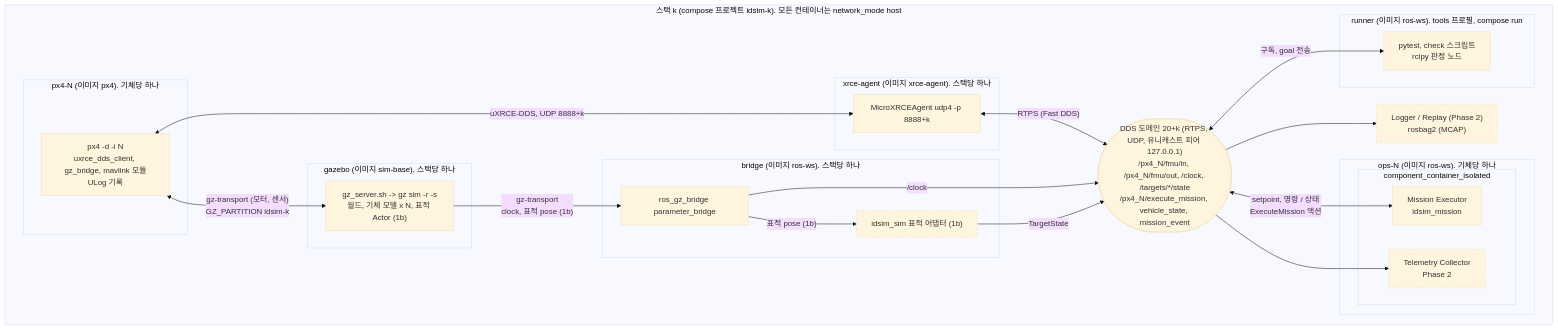
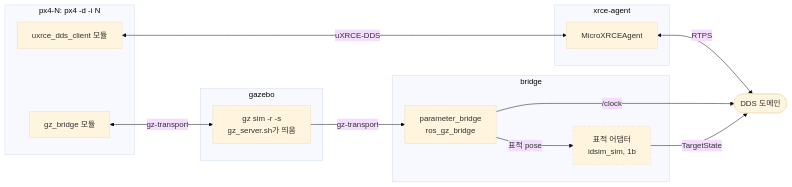
Before and after one commit to danielhongwoo/idsim: the fourth of 8 diagrams in docs/architecture.md, drawn with Mermaid (base theme). The commit also changed other lines of this file and 1 other file, not shown here.

````diff
--- a/docs/architecture.md
+++ b/docs/architecture.md
@@ -182,44 +240,29 @@
 ```mermaid
-flowchart TB
-  subgraph STACKA["스택 k (compose 프로젝트 idsim-k). 모든 컨테이너는 network_mode host"]
-    subgraph PX["px4-N (이미지 px4). 기체당 하나"]
-      PXP["px4 -d -i N<br/>uxrce_dds_client, gz_bridge, mavlink 모듈<br/>ULog 기록"]
-    end
-    subgraph AG["xrce-agent (이미지 xrce-agent). 스택당 하나"]
-      AGP["MicroXRCEAgent udp4 -p 8888+k"]
-    end
-    subgraph GZ["gazebo (이미지 sim-base). 스택당 하나"]
-      GZP["gz_server.sh -> gz sim -r -s<br/>월드, 기체 모델 x N, 표적 Actor (1b)"]
-    end
-    subgraph BR["bridge (이미지 ros-ws). 스택당 하나"]
-      BRP["ros_gz_bridge parameter_bridge"]
-      TA["idsim_sim 표적 어댑터 (1b)"]
-    end
-    DDS(["DDS 도메인 20+k (RTPS, UDP, 유니캐스트 피어 127.0.0.1)<br/>/px4_N/fmu/in, /px4_N/fmu/out, /clock, /targets/*/state<br/>/px4_N/execute_mission, vehicle_state, mission_event"])
-    subgraph OPS["ops-N (이미지 ros-ws). 기체당 하나"]
-      subgraph CC["component_container_isolated"]
-        ME["Mission Executor<br/>idsim_mission"]
-        TC["Telemetry Collector<br/>Phase 2"]
-      end
-    end
-    subgraph RUN["runner (이미지 ros-ws). tools 프로필, compose run"]
-      RUNP["pytest, check 스크립트<br/>rclpy 판정 노드"]
-    end
-    LOG["Logger / Replay (Phase 2)<br/>rosbag2 (MCAP)"]
+flowchart LR
+  subgraph PXC["px4-N: px4 -d -i N"]
+    UX["uxrce_dds_client 모듈"]
+    GB["gz_bridge 모듈"]
   end
+  subgraph AGC["xrce-agent"]
+    AGP["MicroXRCEAgent"]
+  end
+  subgraph GZC["gazebo"]
+    GZP["gz sim -r -s<br/>gz_server.sh가 띄움"]
+  end
+  subgraph BRC["bridge"]
+    BRP["parameter_bridge<br/>ros_gz_bridge"]
+    TA["표적 어댑터<br/>idsim_sim, 1b"]
+  end
+  DDS1(["DDS 도메인"])
 
-  PXP <-->|"uXRCE-DDS, UDP 8888+k"| AGP
-  PXP <-->|"gz-transport (모터, 센서)<br/>GZ_PARTITION idsim-k"| GZP
-  AGP <-->|"RTPS (Fast DDS)"| DDS
-  GZP -->|"gz-transport<br/>clock, 표적 pose (1b)"| BRP
-  BRP -->|"표적 pose (1b)"| TA
-  BRP -->|"/clock"| DDS
-  TA -->|"TargetState"| DDS
-  DDS <-->|"setpoint, 명령 / 상태<br/>ExecuteMission 액션"| ME
-  DDS --> TC
-  DDS <-->|"구독, goal 전송"| RUNP
-  DDS --> LOG
+  UX <-->|"uXRCE-DDS"| AGP
+  GB <-->|"gz-transport"| GZP
+  AGP <-->|"RTPS"| DDS1
+  GZP -->|"gz-transport"| BRP
+  BRP -->|"표적 pose"| TA
+  BRP -->|"/clock"| DDS1
+  TA -->|"TargetState"| DDS1
 
   classDef later stroke-dasharray: 6 4
-  class TA,TC,LOG later
+  class TA later
 ```
````
